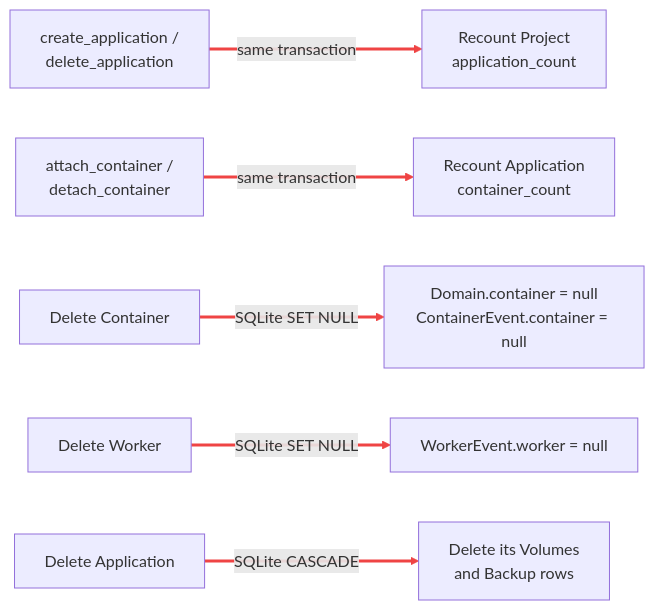
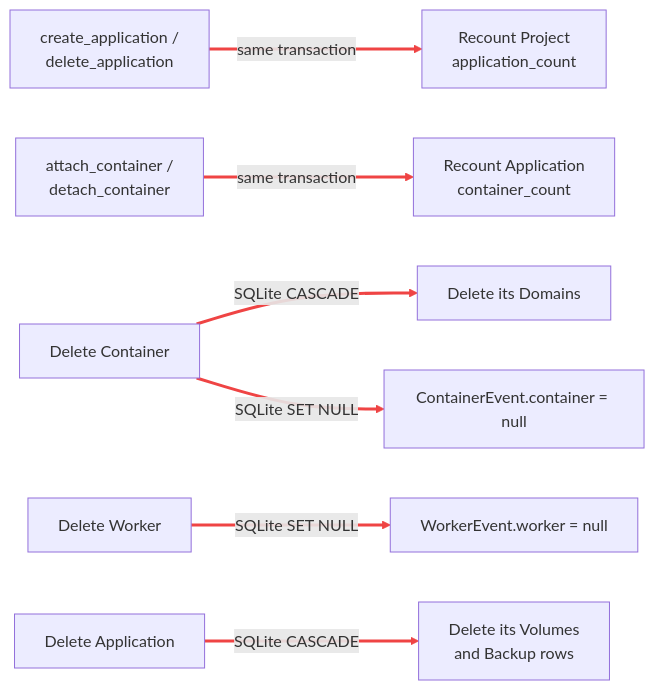
Before and after one commit to v31-dev/sage: the third of 4 diagrams in docs/operations.md, drawn with Mermaid. The commit also changed other lines of this file and 134 other files, not shown here.

````diff
--- a/docs/operations.md
+++ b/docs/operations.md
@@ -338,10 +340,11 @@
 ```mermaid
 %%{init: {"themeVariables": {"lineColor": "#ef4444"}, "themeCSS": ".marker { overflow: visible; } .arrowMarkerPath { stroke-width: 2px !important; } .edge-pattern-dotted { stroke-dasharray: 8 6 !important; }"}}%%
 flowchart LR
     app["create_application /<br/>delete_application"] -->|"same transaction"| project["Recount Project<br/>application_count"]
     container["attach_container /<br/>detach_container"] -->|"same transaction"| count["Recount Application<br/>container_count"]
-    delcontainer["Delete Container"] -->|"SQLite SET NULL"| unlink["Domain.container = null<br/>ContainerEvent.container = null"]
+    delcontainer["Delete Container"] -->|"SQLite CASCADE"| cdomains["Delete its Domains"]
+    delcontainer -->|"SQLite SET NULL"| cevents["ContainerEvent.container = null"]
     delworker["Delete Worker"] -->|"SQLite SET NULL"| wevents["WorkerEvent.worker = null"]
     delapp["Delete Application"] -->|"SQLite CASCADE"| owned["Delete its Volumes<br/>and Backup rows"]
     linkStyle default stroke:#ef4444,stroke-width:3px
 ```
````
